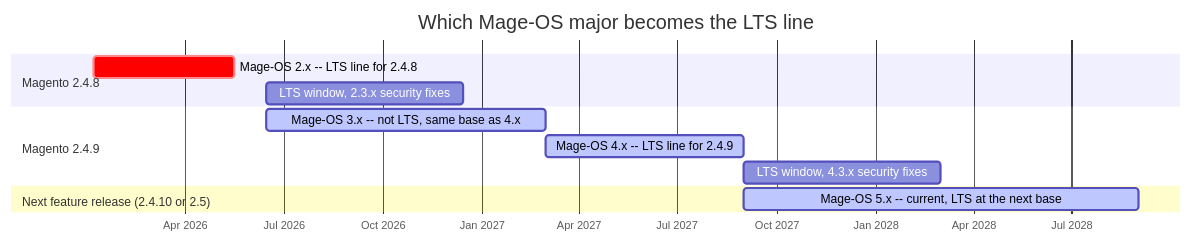
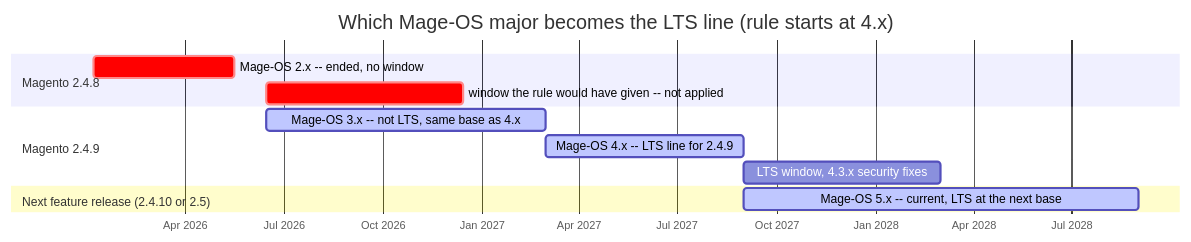
Before and after one commit to marcelmtz/generate-mirror-repo-js: the first of 2 diagrams in RELEASE-GRACE-WINDOW-PROPOSAL.md, drawn with Mermaid. The commit also changed other lines of this file and 1 other file, not shown here.

Commit message:
Show that the rule is not retroactive
2.x is closed and stays closed. The 2.4.8 row is marked as the window the rule
would have given rather than one we owe, and the first LTS line is stated as
the last major built on 2.4.9.

Claude-Session: https://claude.ai/code/session_0145ePWxG5QhuKfiSjku3SD4

````diff
--- a/RELEASE-GRACE-WINDOW-PROPOSAL.md
+++ b/RELEASE-GRACE-WINDOW-PROPOSAL.md
@@ -42,18 +42,18 @@
 ```mermaid
 gantt
-    title Which Mage-OS major becomes the LTS line
+    title Which Mage-OS major becomes the LTS line (rule starts at 4.x)
     dateFormat YYYY-MM-DD
     axisFormat %b %Y
 
     section Magento 2.4.8
-    Mage-OS 2.x  -- LTS line for 2.4.8       :crit, m2, 2026-01-06, 2026-05-17
-    LTS window, 2.3.x security fixes         :w2, 2026-06-15, 2026-12-15
+    Mage-OS 2.x  -- ended, no window          :crit, m2, 2026-01-06, 2026-05-17
+    window the rule would have given -- not applied :crit, w2, 2026-06-15, 2026-12-15
 
     section Magento 2.4.9
     Mage-OS 3.x  -- not LTS, same base as 4.x :active, m3, 2026-06-15, 2027-03-01
     Mage-OS 4.x  -- LTS line for 2.4.9        :active, m4, 2027-03-01, 2027-09-01
     LTS window, 4.3.x security fixes          :w4, 2027-09-01, 2028-03-01
 
     section Next feature release (2.4.10 or 2.5)
-    Mage-OS 5.x  -- current, LTS at the next base :active, m5, 2027-09-01, 2028-09-01
+    Mage-OS 5.x -- current, LTS at the next base :active, m5, 2027-09-01, 2028-09-01
 ```
````
